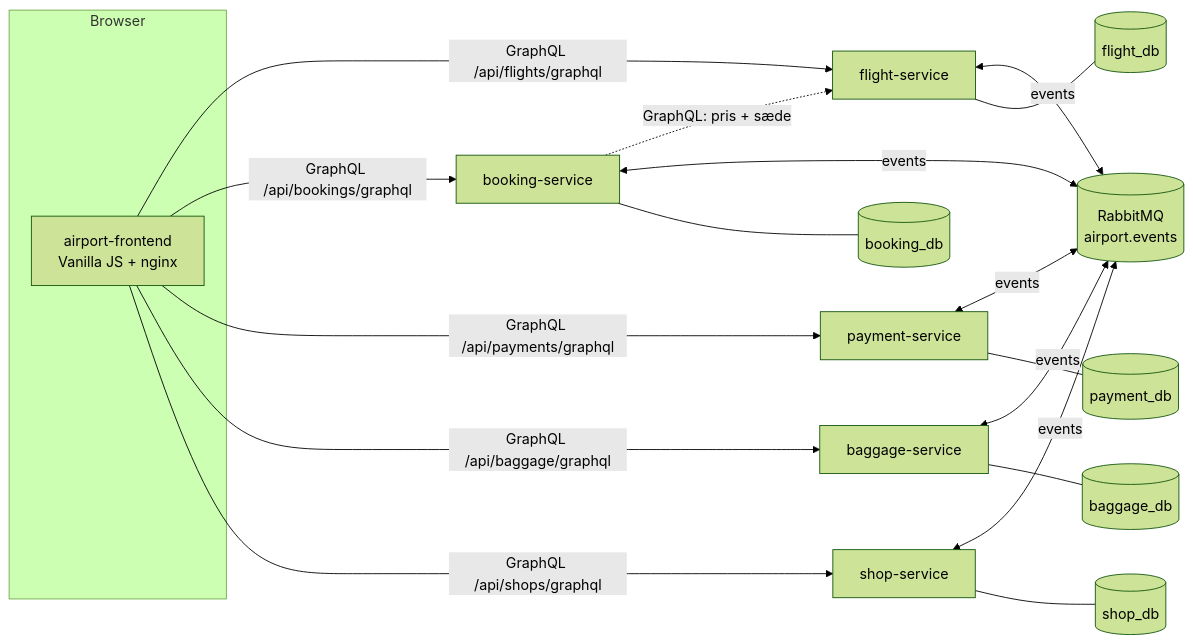
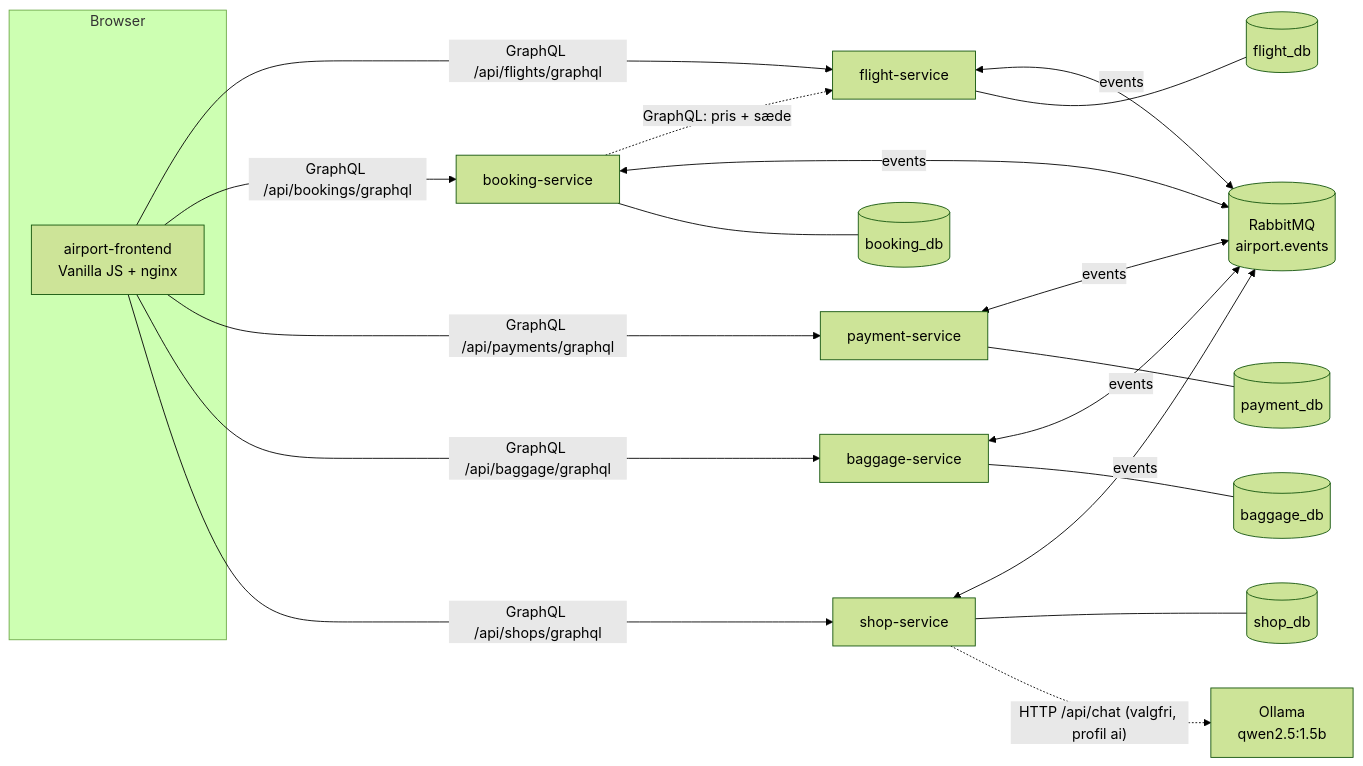
The first of 6 diagrams in docs/architecture.md (FrederikGJ/DLS_exam_project), drawn with Mermaid (forest theme) before and after one commit. The commit also changed other lines of this file and 89 other files, not shown here.

````diff
--- a/docs/architecture.md
+++ b/docs/architecture.md
@@ -5,26 +5,27 @@
 ```mermaid
 flowchart LR
   subgraph Browser
     FE[airport-frontend<br/>Vanilla JS + nginx]
   end
 
   FE -- GraphQL /api/flights/graphql --> FS[flight-service]
   FE -- GraphQL /api/bookings/graphql --> BS[booking-service]
   FE -- GraphQL /api/payments/graphql --> PS[payment-service]
   FE -- GraphQL /api/baggage/graphql --> BG[baggage-service]
   FE -- GraphQL /api/shops/graphql --> SS[shop-service]
 
   BS -. GraphQL: pris + sæde .-> FS
 
   FS <-- events --> MQ[(RabbitMQ<br/>airport.events)]
   BS <-- events --> MQ
   PS <-- events --> MQ
   BG <-- events --> MQ
   SS <-- events --> MQ
 
   FS --- FDB[(flight_db)]
   BS --- BDB[(booking_db)]
   PS --- PDB[(payment_db)]
   BG --- GDB[(baggage_db)]
   SS --- SDB[(shop_db)]
+  SS -. "HTTP /api/chat (valgfri, profil ai)" .-> OL[Ollama<br/>qwen2.5:1.5b]
 ```
````
